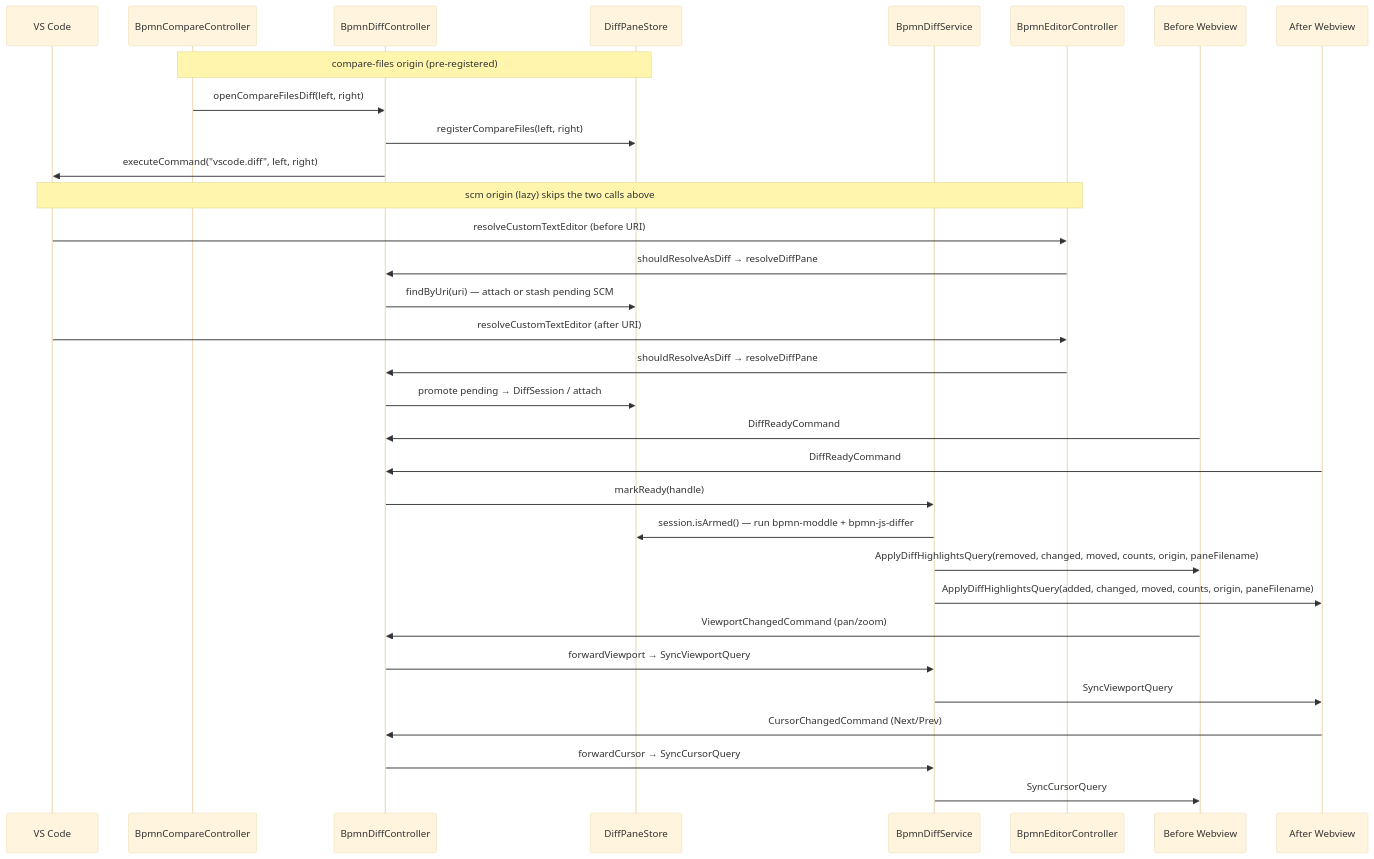
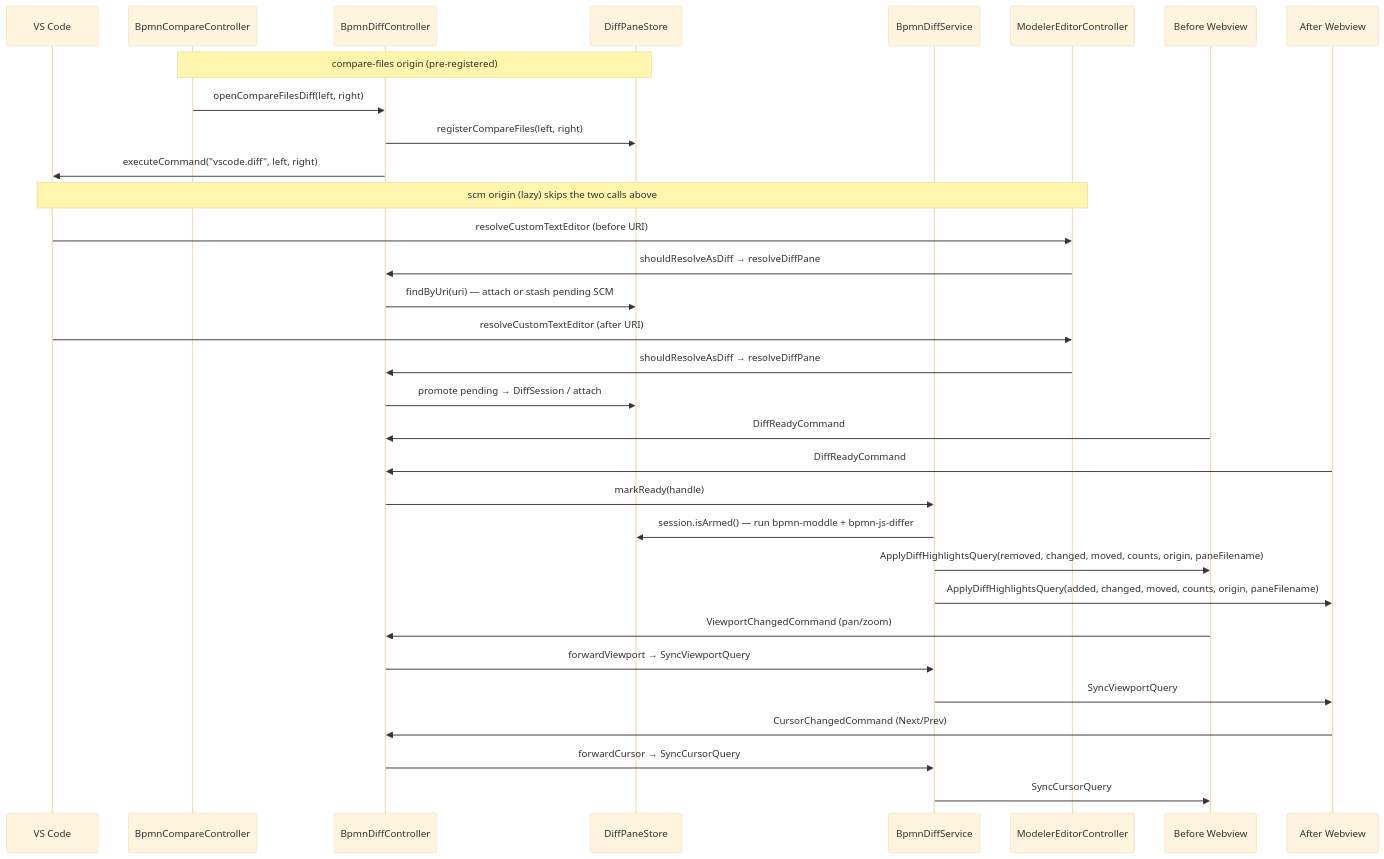
One commit to Miragon/bpmn-modeler changed the diagram in docs/vscode/contributing/architecture/bpmn-diff.md. Above: the diagram before and after it, drawn with Mermaid (base theme). The commit also changed other lines of this file and 11 other files, not shown here.

````diff
--- a/docs/vscode/contributing/architecture/bpmn-diff.md
+++ b/docs/vscode/contributing/architecture/bpmn-diff.md
@@ -44,39 +45,39 @@
 ```mermaid
 sequenceDiagram
     participant VSCode as VS Code
     participant Ctrl as BpmnCompareController
     participant DiffCtrl as BpmnDiffController
     participant Store as DiffPaneStore
     participant Svc as BpmnDiffService
-    participant Editor as BpmnEditorController
+    participant Editor as ModelerEditorController
     participant BeforePane as Before Webview
     participant AfterPane as After Webview
 
     Note over Ctrl,Store: compare-files origin (pre-registered)
     Ctrl->>DiffCtrl: openCompareFilesDiff(left, right)
     DiffCtrl->>Store: registerCompareFiles(left, right)
     DiffCtrl->>VSCode: executeCommand("vscode.diff", left, right)
 
     Note over VSCode,Editor: scm origin (lazy) skips the two calls above
     VSCode->>Editor: resolveCustomTextEditor (before URI)
     Editor->>DiffCtrl: shouldResolveAsDiff → resolveDiffPane
     DiffCtrl->>Store: findByUri(uri) — attach or stash pending SCM
 
     VSCode->>Editor: resolveCustomTextEditor (after URI)
     Editor->>DiffCtrl: shouldResolveAsDiff → resolveDiffPane
     DiffCtrl->>Store: promote pending → DiffSession / attach
 
     BeforePane->>DiffCtrl: DiffReadyCommand
     AfterPane->>DiffCtrl: DiffReadyCommand
     DiffCtrl->>Svc: markReady(handle)
     Svc->>Store: session.isArmed() — run bpmn-moddle + bpmn-js-differ
     Svc->>BeforePane: ApplyDiffHighlightsQuery(removed, changed, moved, counts, origin, paneFilename)
     Svc->>AfterPane: ApplyDiffHighlightsQuery(added, changed, moved, counts, origin, paneFilename)
 
     BeforePane->>DiffCtrl: ViewportChangedCommand (pan/zoom)
     DiffCtrl->>Svc: forwardViewport → SyncViewportQuery
     Svc->>AfterPane: SyncViewportQuery
     AfterPane->>DiffCtrl: CursorChangedCommand (Next/Prev)
     DiffCtrl->>Svc: forwardCursor → SyncCursorQuery
     Svc->>BeforePane: SyncCursorQuery
 ```
````
